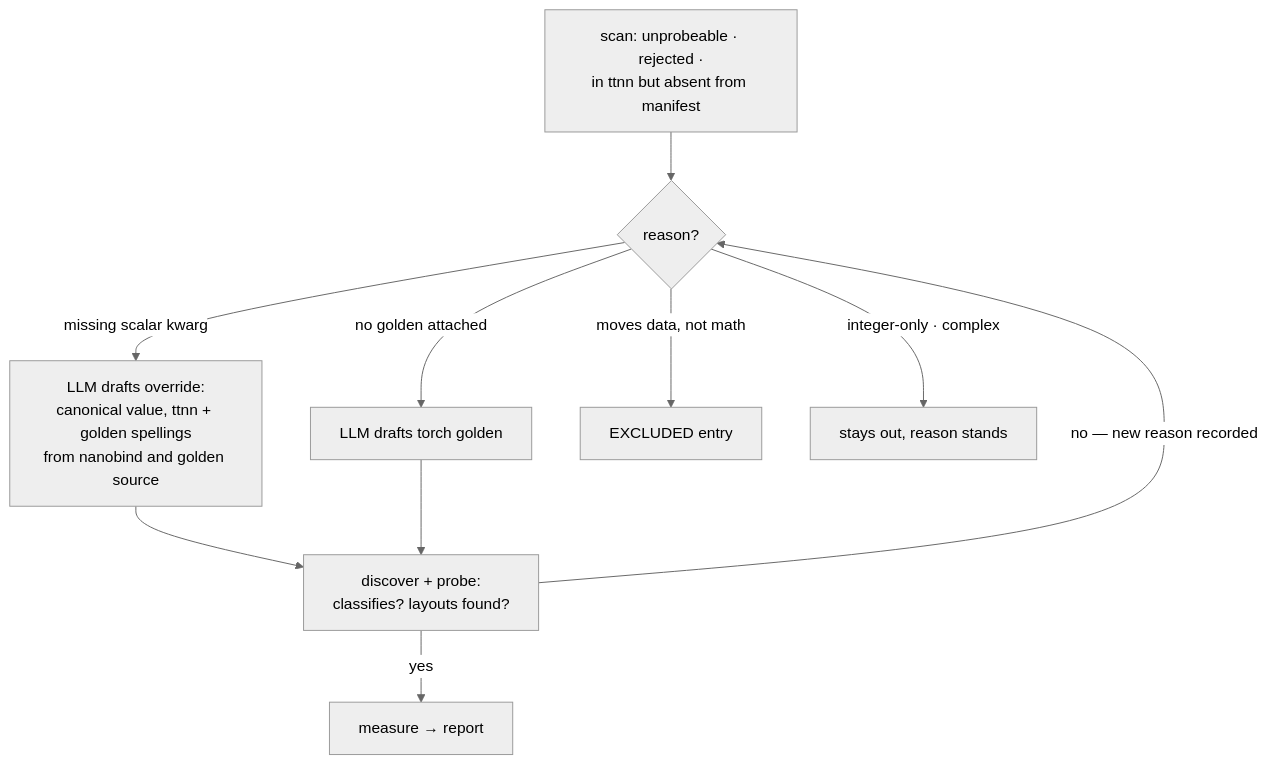
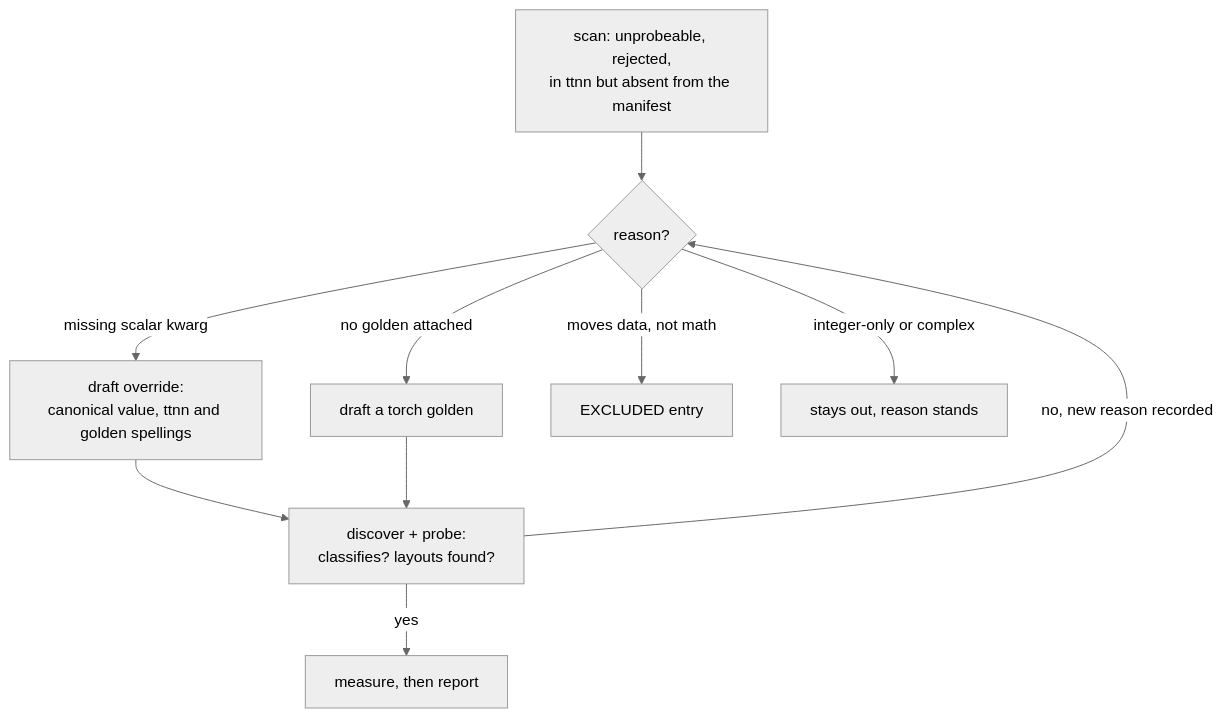
Before and after one commit to tenstorrent/tt-eltwise-accuracy-report: the second of 3 diagrams in analyze-report/README.md, drawn with Mermaid (neutral theme). The commit also changed other lines of this file and 8 other files, not shown here.

````diff
--- a/analyze-report/README.md
+++ b/analyze-report/README.md
@@ -56,11 +66,11 @@
 ```mermaid
 flowchart TD
-    S["scan: unprobeable · rejected ·<br/>in ttnn but absent from manifest"] --> W{"reason?"}
-    W -->|missing scalar kwarg| A["LLM drafts override:<br/>canonical value, ttnn + golden spellings<br/>from nanobind and golden source"]
-    W -->|no golden attached| B["LLM drafts torch golden"]
+    S["scan: unprobeable, rejected,<br/>in ttnn but absent from the manifest"] --> W{"reason?"}
+    W -->|missing scalar kwarg| A["draft override:<br/>canonical value, ttnn and golden spellings"]
+    W -->|no golden attached| B["draft a torch golden"]
     W -->|moves data, not math| X["EXCLUDED entry"]
-    W -->|integer-only · complex| O["stays out, reason stands"]
+    W -->|integer-only or complex| O["stays out, reason stands"]
     A & B --> V["discover + probe:<br/>classifies? layouts found?"]
-    V -->|yes| M["measure → report"]
-    V -->|no — new reason recorded| W
+    V -->|yes| M["measure, then report"]
+    V -->|no, new reason recorded| W
 ```
````
